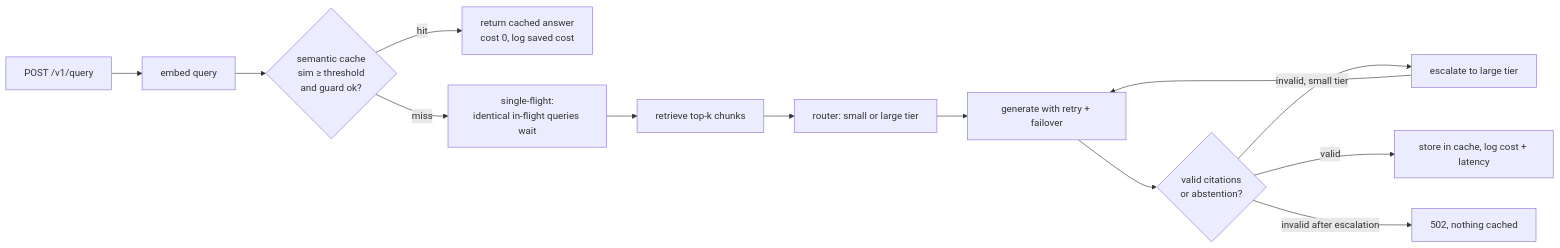
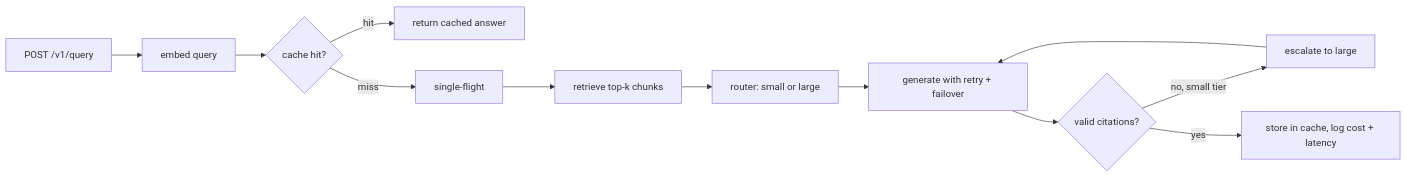
The diagram in README.md (sriyaaa2003/semantic-cache-rag-router), drawn with Mermaid before and after one commit. The commit also changed other lines of this file, not shown here.

````diff
--- a/README.md
+++ b/README.md
@@ -11,14 +30,13 @@
 ```mermaid
 flowchart LR
   Q[POST /v1/query] --> E[embed query]
-  E --> C{semantic cache<br/>sim ≥ threshold<br/>and guard ok?}
-  C -- hit --> R[return cached answer<br/>cost 0, log saved cost]
-  C -- miss --> SF[single-flight:<br/>identical in-flight queries wait]
+  E --> C{cache hit?}
+  C -- hit --> R[return cached answer]
+  C -- miss --> SF[single-flight]
   SF --> RET[retrieve top-k chunks]
-  RET --> RT[router: small or large tier]
+  RET --> RT[router: small or large]
   RT --> G[generate with retry + failover]
-  G --> V{valid citations<br/>or abstention?}
-  V -- invalid, small tier --> ESC[escalate to large tier] --> G
-  V -- valid --> S[store in cache, log cost + latency]
-  V -- invalid after escalation --> ERR[502, nothing cached]
+  G --> V{valid citations?}
+  V -- no, small tier --> ESC[escalate to large] --> G
+  V -- yes --> S[store in cache, log cost + latency]
 ```
````
